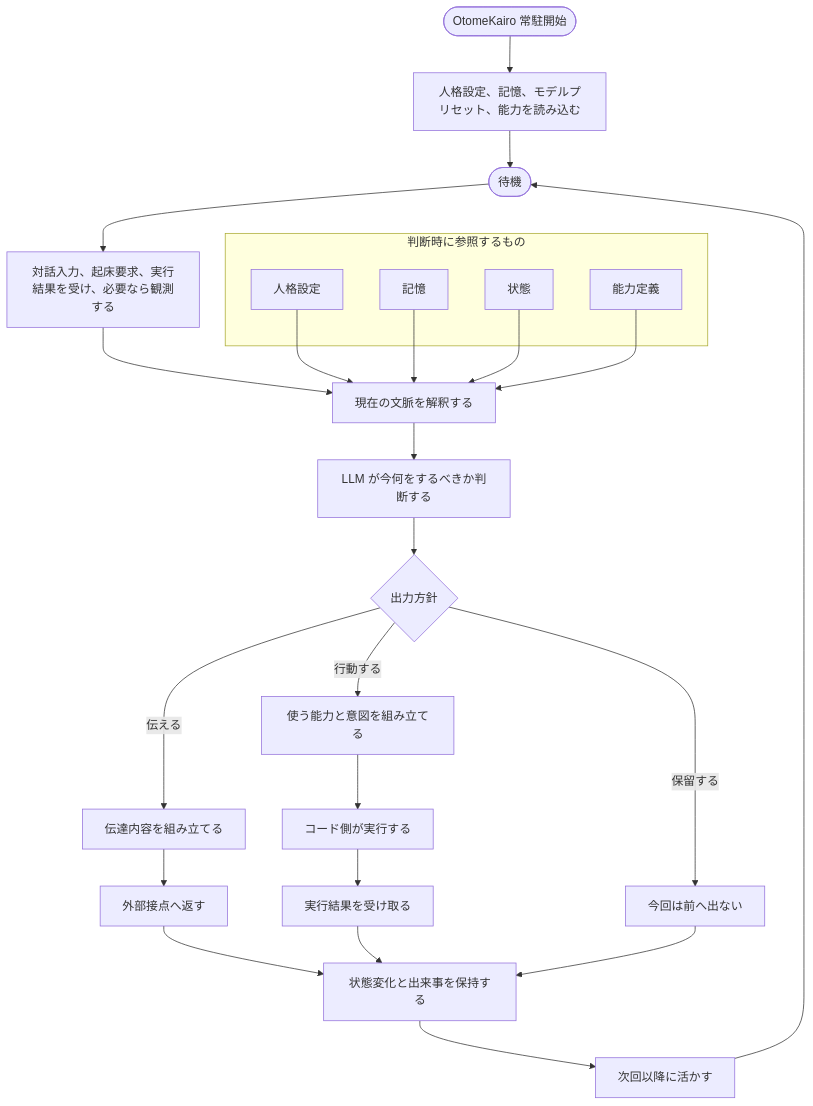
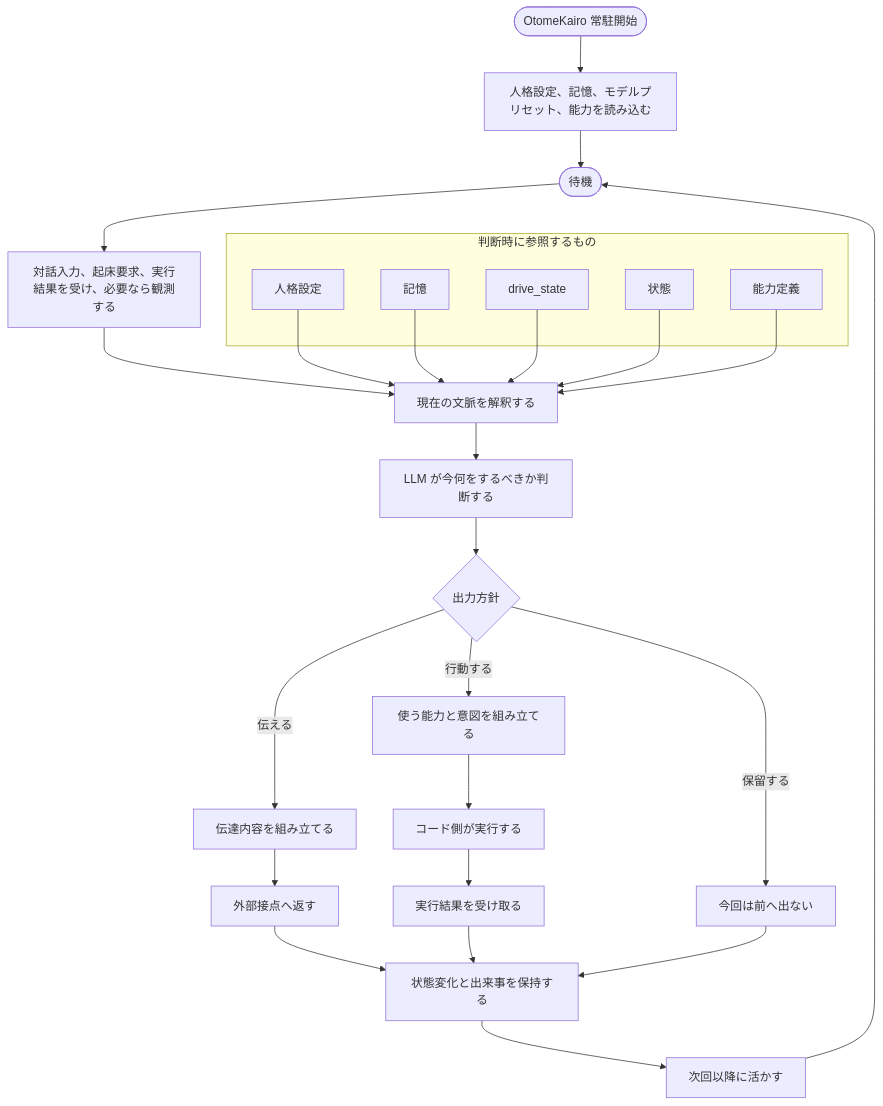
One commit to hirona98/OtomeKairo changed the diagram in docs/design/03_アーキテクチャ.md. Above: the diagram before and after it, drawn with Mermaid. The commit also changed other lines of this file and 13 other files, not shown here.

````diff
--- a/docs/design/03_アーキテクチャ.md
+++ b/docs/design/03_アーキテクチャ.md
@@ -52,47 +52,49 @@
 ```mermaid
 flowchart TD
     Start([OtomeKairo 常駐開始])
     Load[人格設定、記憶、モデルプリセット、能力を読み込む]
     Wait([待機])
     Observe[対話入力、起床要求、実行結果を受け、必要なら観測する]
     Build[現在の文脈を解釈する]
     Decide["LLM が今何をするべきか判断する"]
     Branch{出力方針}
     Communicate[伝達内容を組み立てる]
     Plan[使う能力と意図を組み立てる]
     Execute[コード側が実行する]
     Hold[今回は前へ出ない]
     Return[外部接点へ返す]
     Result[実行結果を受け取る]
     Store[状態変化と出来事を保持する]
     Next[次回以降に活かす]
 
     subgraph Ref["判断時に参照するもの"]
         Persona[人格設定]
         Memory[記憶]
+        Drive[drive_state]
         State[状態]
         Capability[能力定義]
     end
 
     Start --> Load
     Load --> Wait
     Wait --> Observe
     Observe --> Build
     Persona --> Build
     Memory --> Build
+    Drive --> Build
     State --> Build
     Capability --> Build
     Build --> Decide
     Decide --> Branch
     Branch -->|伝える| Communicate
     Branch -->|行動する| Plan
     Branch -->|保留する| Hold
     Communicate --> Return
     Plan --> Execute
     Execute --> Result
     Return --> Store
     Result --> Store
     Hold --> Store
     Store --> Next
     Next --> Wait
 ```
````
